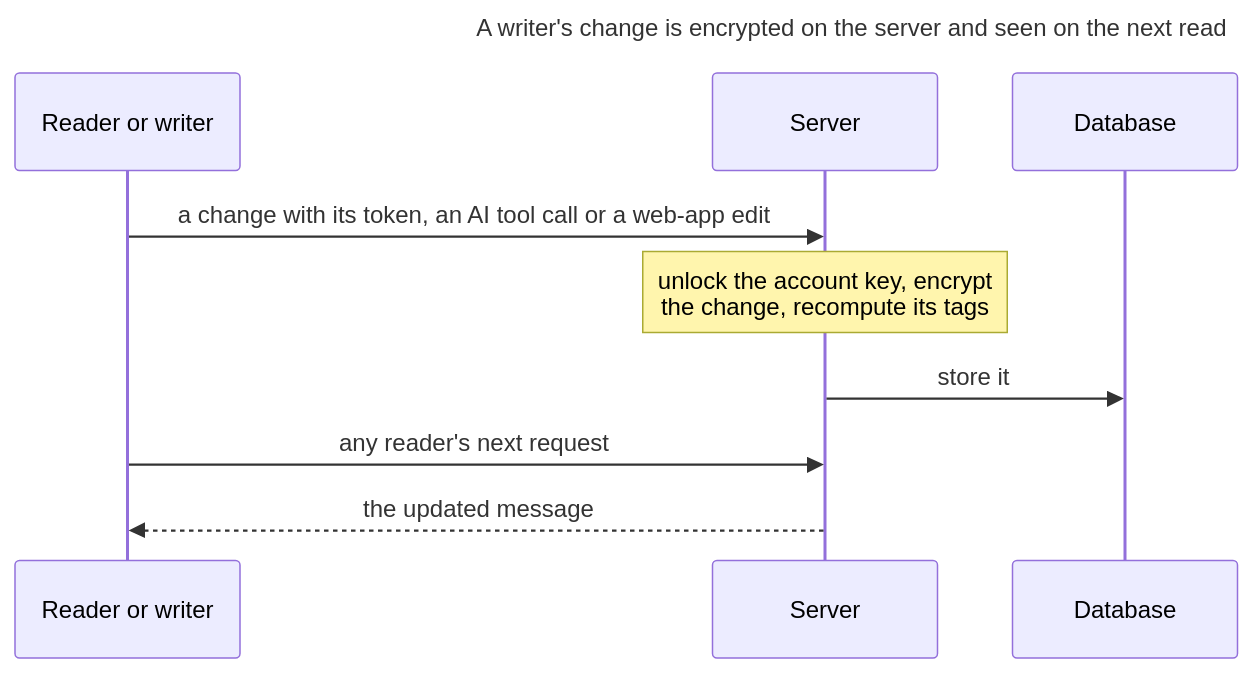
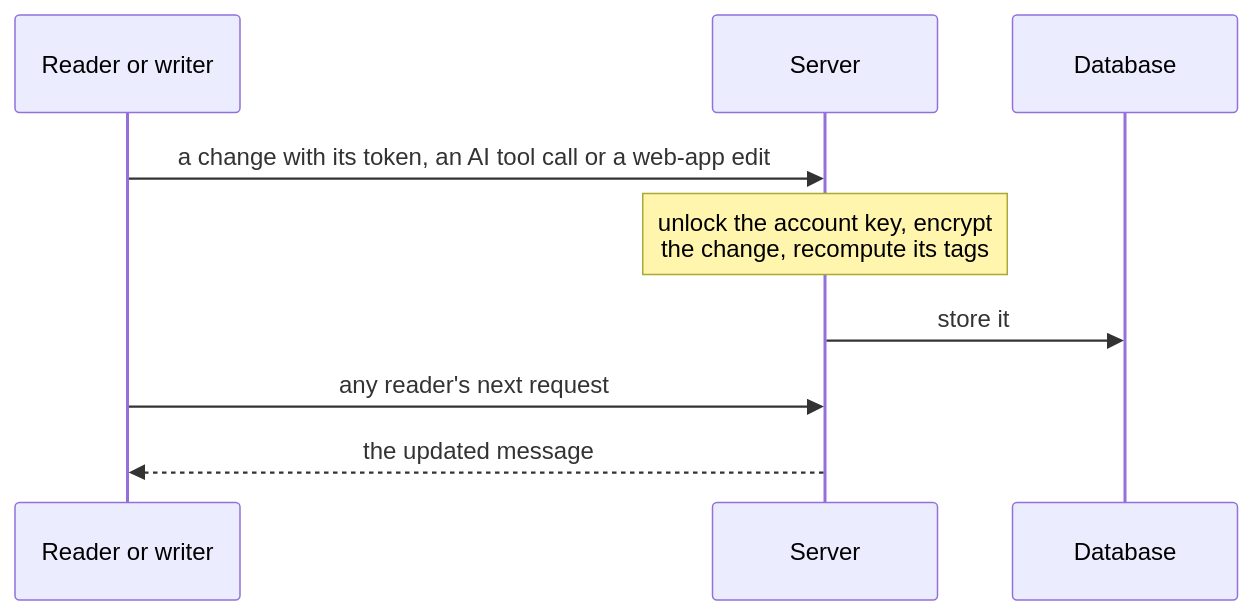
Before and after one commit to ajs-consult-llc/mirror-encryption-rfc: the diagram in diagrams/update-4-parties-2.mmd, drawn with Mermaid. The commit also changed 40 other files, not shown here.

First line of the commit message:
Diagrams: the doc's own pictures, with the Mermaid in an appendix

```diff
--- a/diagrams/update-4-parties-2.mmd
+++ b/diagrams/update-4-parties-2.mmd
@@ -1,14 +1,11 @@
----
-title: "A writer's change is encrypted on the server and seen on the next read"
----
 sequenceDiagram
   accTitle: A writer's change is encrypted on the server and seen on the next read
   accDescr: Update. A reader or writer sends a change with its token, such as an AI tool call or a web-app edit. The server unlocks the account key, encrypts the change, recomputes its tags and stores it. On any reader's next request, the server returns the updated message.
   participant R as Reader or writer
   participant S as Server
   participant DB as Database
   R->>S: a change with its token, an AI tool call or a web-app edit
   Note over S: unlock the account key, encrypt<br/>the change, recompute its tags
   S->>DB: store it
   R->>S: any reader's next request
   S-->>R: the updated message
```
